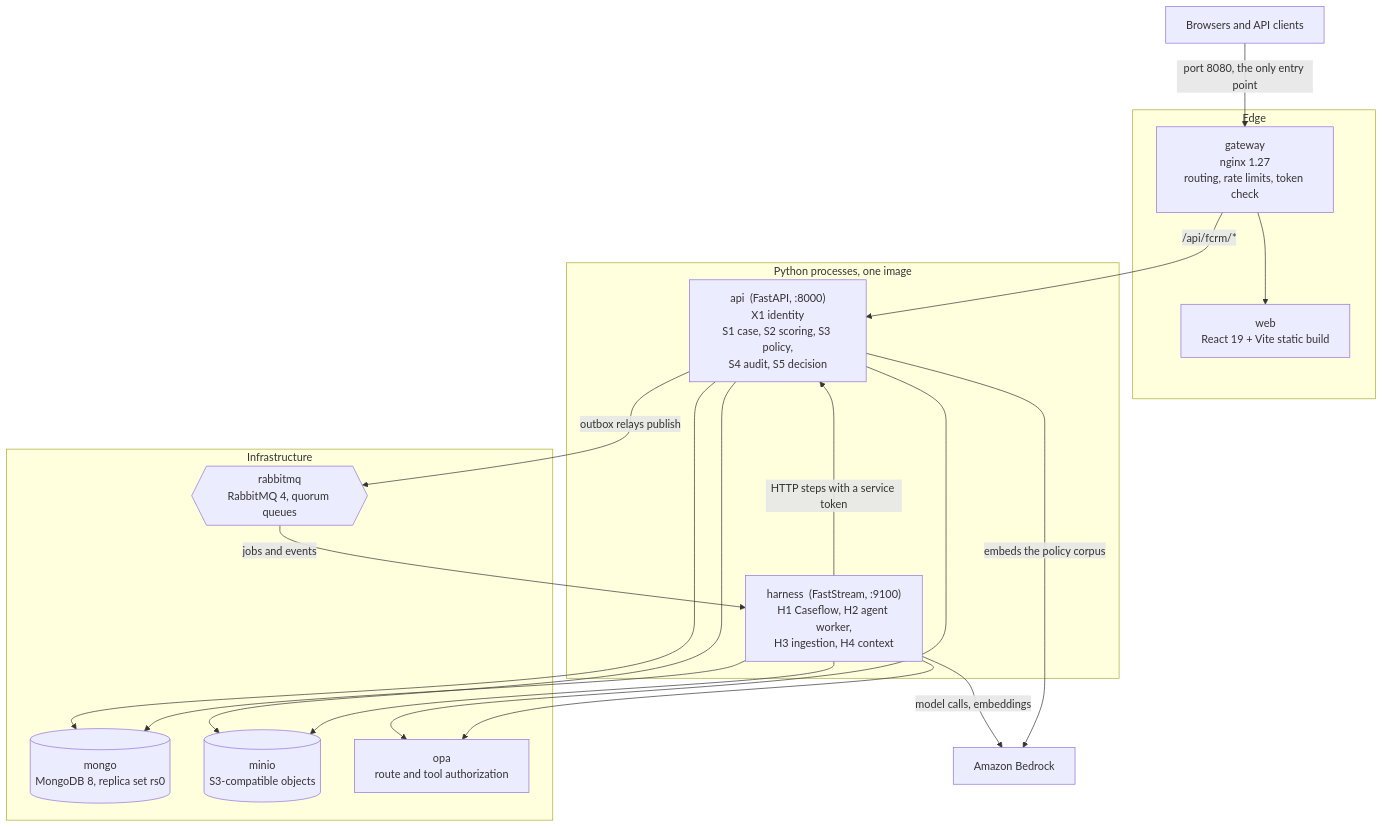
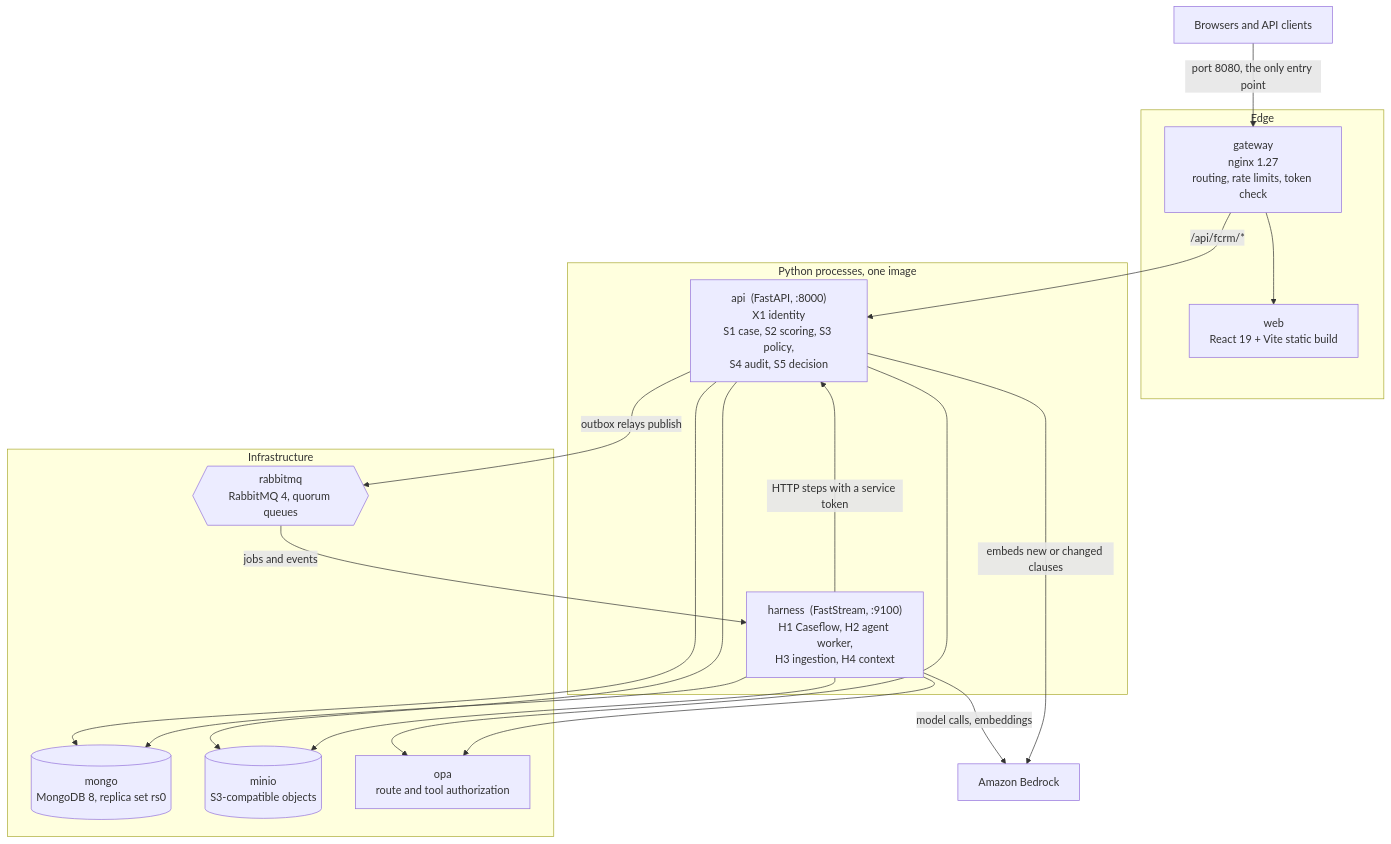
One commit to abhiMyridius/trustops_fcrm changed the second of 11 diagrams in Documents/08-architecture-overview.md. Above: the diagram before and after it, drawn with Mermaid. The commit also changed other lines of this file and 19 other files, not shown here.

````diff
--- a/Documents/08-architecture-overview.md
+++ b/Documents/08-architecture-overview.md
@@ -88,37 +88,37 @@
 ```mermaid
 flowchart TB
     users["Browsers and API clients"] -->|"port 8080, the only entry point"| gw
 
     subgraph edge["Edge"]
         gw["gateway<br/>nginx 1.27<br/>routing, rate limits, token check"]
         web["web<br/>React 19 + Vite static build"]
     end
 
     subgraph procs["Python processes, one image"]
         api["api  (FastAPI, :8000)<br/>X1 identity<br/>S1 case, S2 scoring, S3 policy,<br/>S4 audit, S5 decision"]
         harness["harness  (FastStream, :9100)<br/>H1 Caseflow, H2 agent worker,<br/>H3 ingestion, H4 context"]
     end
 
     subgraph infra["Infrastructure"]
         mongo[("mongo<br/>MongoDB 8, replica set rs0")]
         rabbit{{"rabbitmq<br/>RabbitMQ 4, quorum queues"}}
         minio[("minio<br/>S3-compatible objects")]
         opa["opa<br/>route and tool authorization"]
     end
 
     bedrock["Amazon Bedrock"]
 
     gw --> web
     gw -->|"/api/fcrm/*"| api
     api --> mongo
     api --> minio
     api --> opa
     api -->|"outbox relays publish"| rabbit
     rabbit -->|"jobs and events"| harness
     harness -->|"HTTP steps with a service token"| api
     harness --> mongo
     harness --> minio
     harness --> opa
     harness -->|"model calls, embeddings"| bedrock
-    api -->|"embeds the policy corpus"| bedrock
+    api -->|"embeds new or changed clauses"| bedrock
 ```
````
